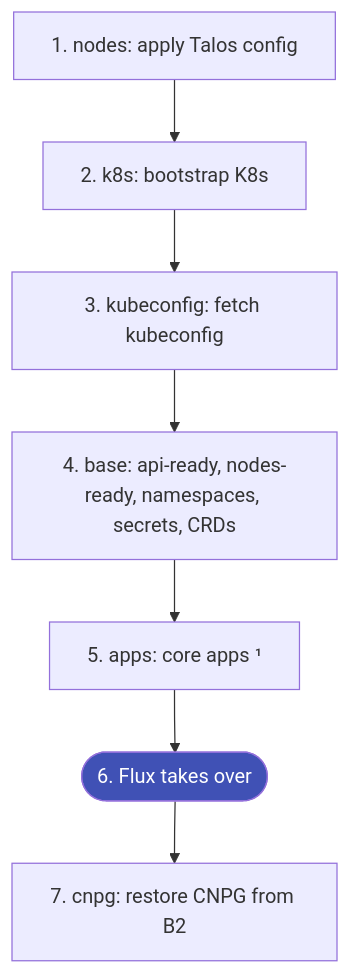
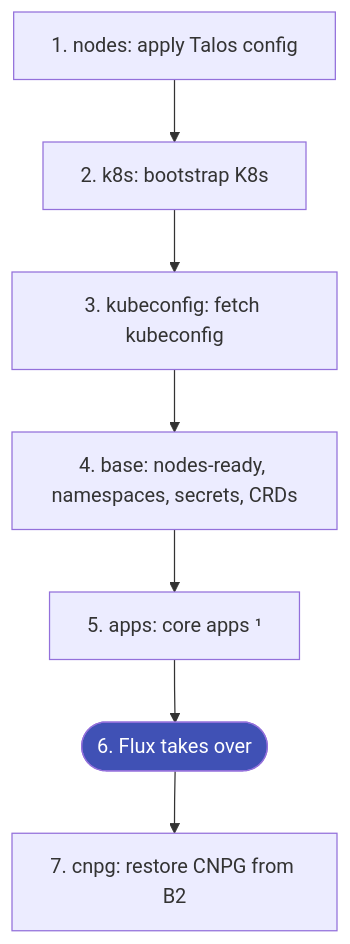
The diagram in docs/bootstrap.md (tscibilia/home-ops), drawn with Mermaid before and after one commit. The commit also changed other lines of this file and 3 other files, not shown here.

First line of the commit message:
docs(bootstrap): add README and drop curl-based api-ready

````diff
--- a/docs/bootstrap.md
+++ b/docs/bootstrap.md
@@ -14,11 +14,11 @@
 ```mermaid
 flowchart TD
     A["1. nodes: apply Talos config"] --> B["2. k8s: bootstrap K8s"]
     B --> C["3. kubeconfig: fetch kubeconfig"]
-    C --> D["4. base: api-ready, nodes-ready, namespaces, secrets, CRDs"]
+    C --> D["4. base: nodes-ready, namespaces, secrets, CRDs"]
     D --> E["5. apps: core apps ¹"]
     E --> F(["6. Flux takes over"])
     F --> G["7. cnpg: restore CNPG from B2"]
 
     style F fill:#4051b5,color:#fff
 ```
````
